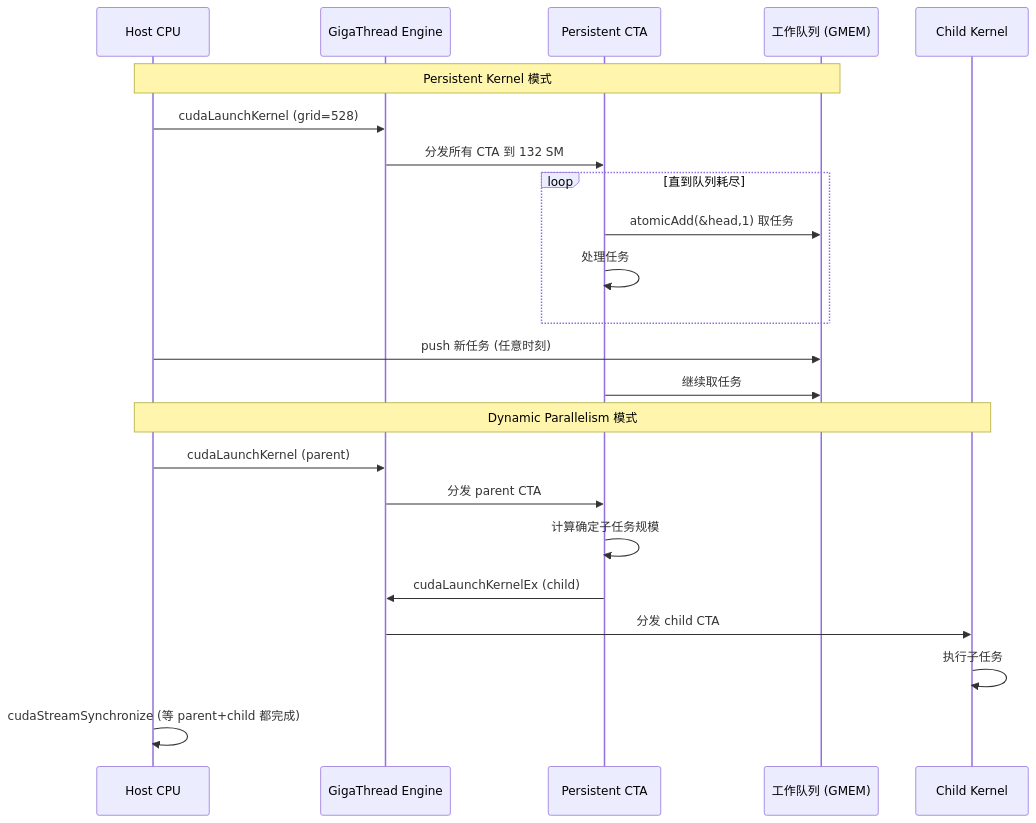
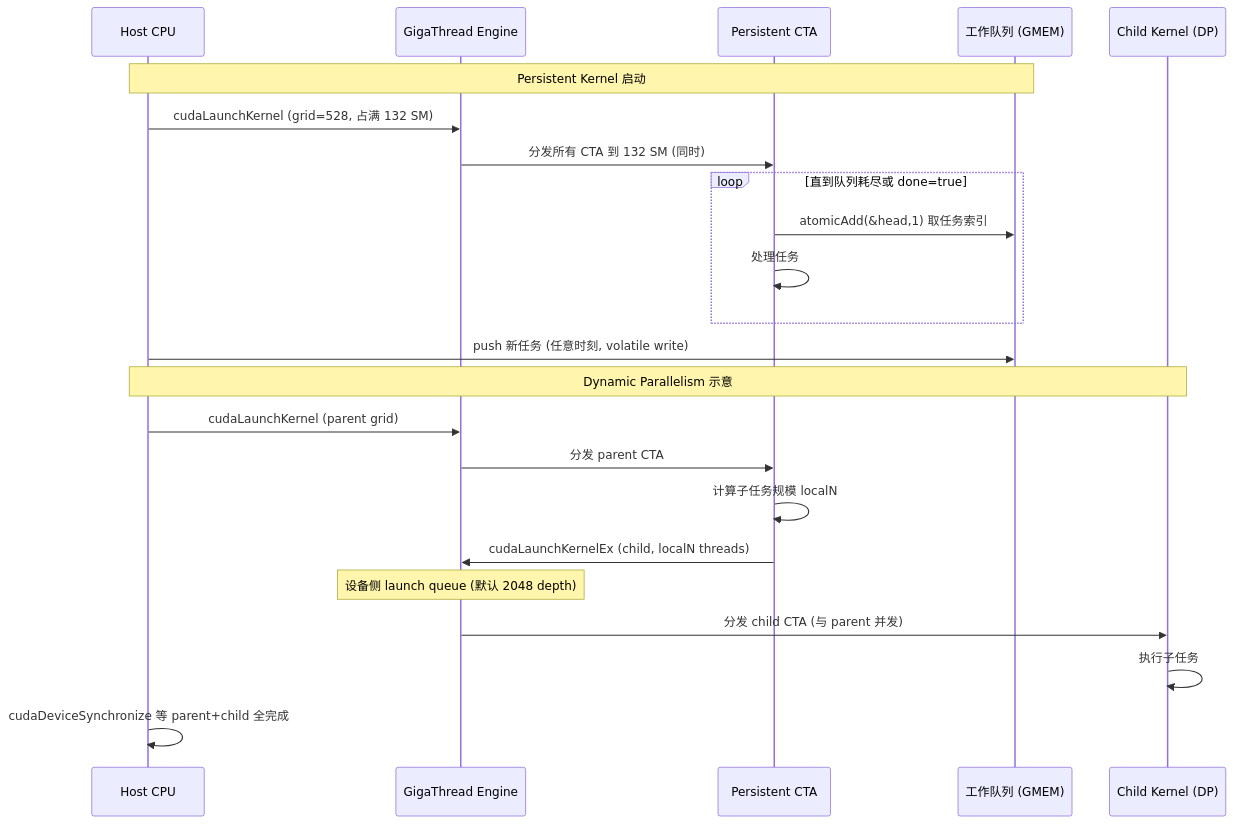
Before and after one commit to qxhy123/gpu: the second of 2 diagrams in docs/cuda-zh/17-persistent-and-dynamic-parallelism.md, drawn with Mermaid. The commit also changed other lines of this file, not shown here.

Commit message:
deepen ch17: Persistent+DP — SM 饿死机制/DP launch queue/cluster 限制/CUTLASS sm90 实测数字

````diff
--- a/docs/cuda-zh/17-persistent-and-dynamic-parallelism.md
+++ b/docs/cuda-zh/17-persistent-and-dynamic-parallelism.md
@@ -28,27 +78,27 @@
 ```mermaid
 sequenceDiagram
     participant HOST as Host CPU
     participant GTE as GigaThread Engine
     participant CTA as Persistent CTA
     participant Q as 工作队列 (GMEM)
-    participant CHILD as Child Kernel
+    participant CHILD as Child Kernel (DP)
 
-    Note over HOST,Q: Persistent Kernel 模式
-    HOST->>GTE: cudaLaunchKernel (grid=528)
-    GTE->>CTA: 分发所有 CTA 到 132 SM
-    loop 直到队列耗尽
-        CTA->>Q: atomicAdd(&head,1) 取任务
+    Note over HOST,Q: Persistent Kernel 启动
+    HOST->>GTE: cudaLaunchKernel (grid=528, 占满 132 SM)
+    GTE->>CTA: 分发所有 CTA 到 132 SM (同时)
+    loop 直到队列耗尽或 done=true
+        CTA->>Q: atomicAdd(&head,1) 取任务索引
         CTA->>CTA: 处理任务
     end
-    HOST->>Q: push 新任务 (任意时刻)
-    CTA->>Q: 继续取任务
+    HOST->>Q: push 新任务 (任意时刻, volatile write)
 
-    Note over HOST,CHILD: Dynamic Parallelism 模式
-    HOST->>GTE: cudaLaunchKernel (parent)
+    Note over HOST,CHILD: Dynamic Parallelism 示意
+    HOST->>GTE: cudaLaunchKernel (parent grid)
     GTE->>CTA: 分发 parent CTA
-    CTA->>CTA: 计算确定子任务规模
-    CTA->>GTE: cudaLaunchKernelEx (child)
-    GTE->>CHILD: 分发 child CTA
+    CTA->>CTA: 计算子任务规模 localN
+    CTA->>GTE: cudaLaunchKernelEx (child, localN threads)
+    Note over GTE: 设备侧 launch queue (默认 2048 depth)
+    GTE->>CHILD: 分发 child CTA (与 parent 并发)
     CHILD->>CHILD: 执行子任务
-    HOST->>HOST: cudaStreamSynchronize (等 parent+child 都完成)
+    HOST->>HOST: cudaDeviceSynchronize 等 parent+child 全完成
 ```
````
